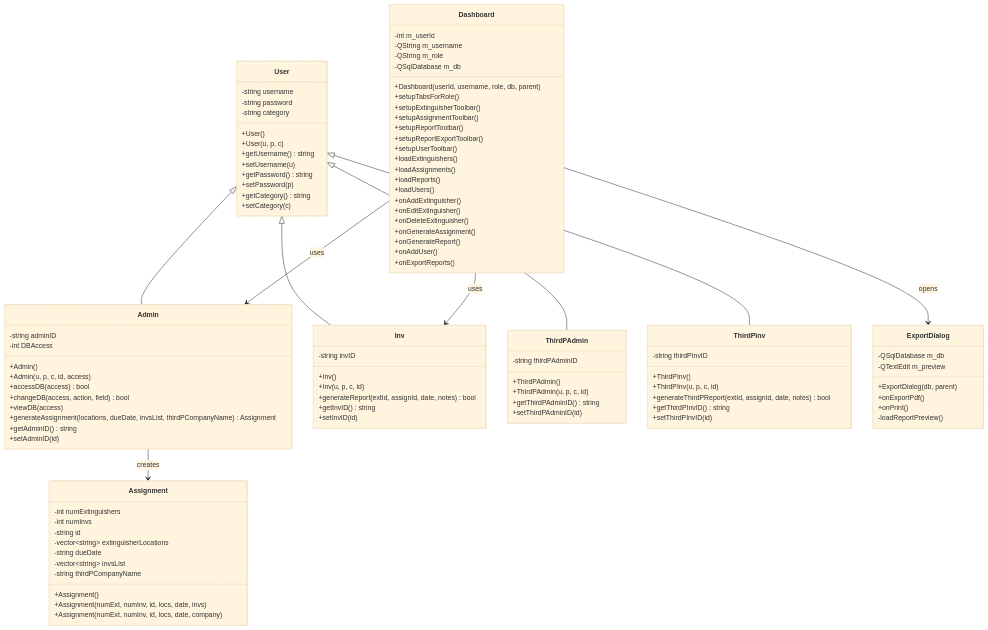
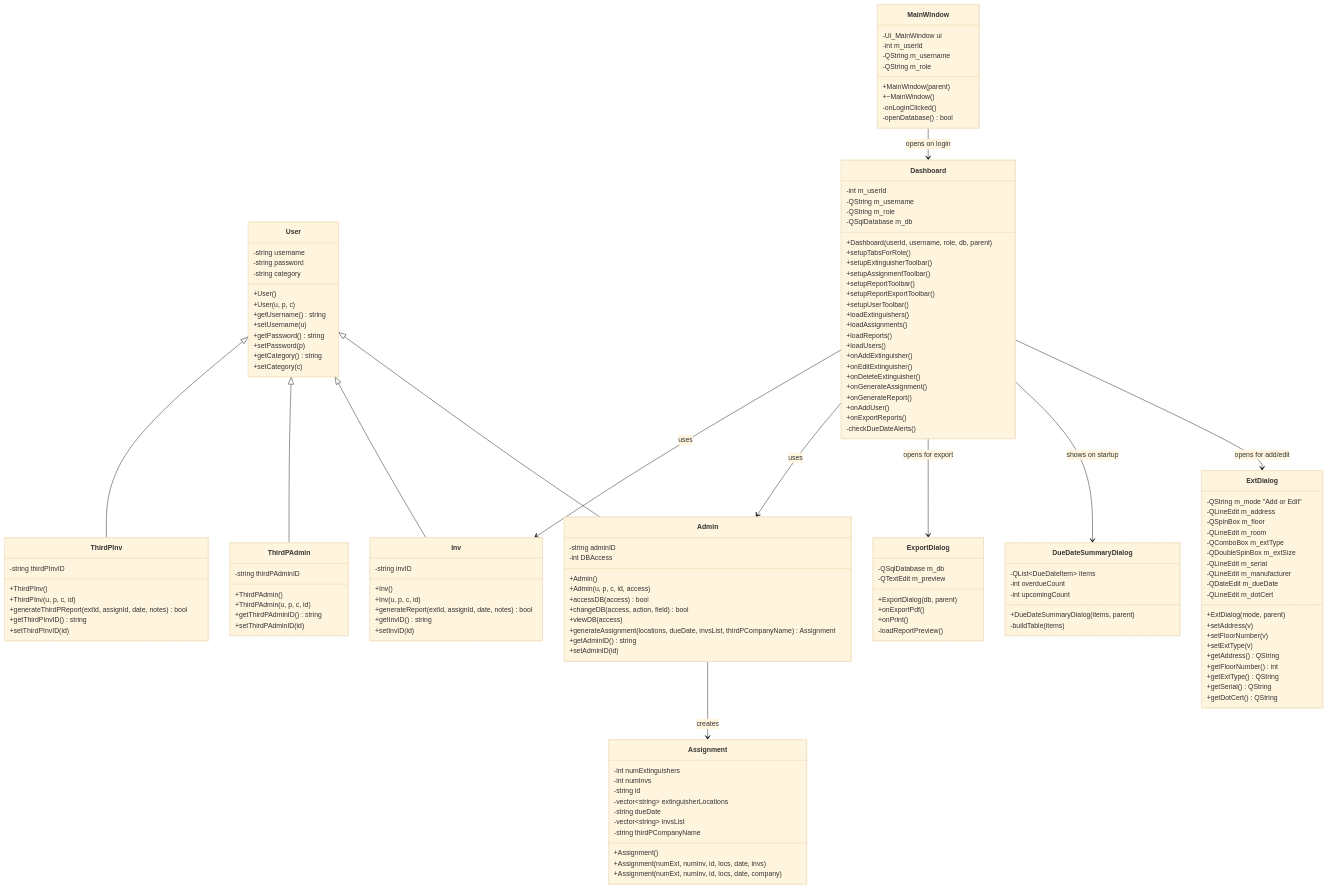
One commit to Juniusketter/Fire-Watch-App changed the second of 6 diagrams in docs/erd/FireWatch_UML_Diagrams.md. Above: the diagram before and after it, drawn with Mermaid (base theme). The commit also changed other lines of this file and 23 other files, not shown here.

Commit message:
Sprint 4: clean repo, landing page, logout redirect, language toggle scaffold, updated diagrams

````diff
--- a/docs/erd/FireWatch_UML_Diagrams.md
+++ b/docs/erd/FireWatch_UML_Diagrams.md
@@ -203,13 +217,15 @@
     +Assignment(numExt, numInv, id, locs, date, company)
   }
 
-  class ExportDialog {
-    -QSqlDatabase m_db
-    -QTextEdit m_preview
-    +ExportDialog(db, parent)
-    +onExportPdf()
-    +onPrint()
-    -loadReportPreview()
+  class MainWindow {
+    -Ui_MainWindow ui
+    -int m_userId
+    -QString m_username
+    -QString m_role
+    +MainWindow(parent)
+    +~MainWindow()
+    -onLoginClicked()
+    -openDatabase() bool
   }
 
   class Dashboard {
@@ -235,6 +251,46 @@
     +onGenerateReport()
     +onAddUser()
     +onExportReports()
+    -checkDueDateAlerts()
+  }
+
+  class ExtDialog {
+    -QString m_mode "Add or Edit"
+    -QLineEdit m_address
+    -QSpinBox m_floor
+    -QLineEdit m_room
+    -QComboBox m_extType
+    -QDoubleSpinBox m_extSize
+    -QLineEdit m_serial
+    -QLineEdit m_manufacturer
+    -QDateEdit m_dueDate
+    -QLineEdit m_dotCert
+    +ExtDialog(mode, parent)
+    +setAddress(v)
+    +setFloorNumber(v)
+    +setExtType(v)
+    +getAddress() QString
+    +getFloorNumber() int
+    +getExtType() QString
+    +getSerial() QString
+    +getDotCert() QString
+  }
+
+  class DueDateSummaryDialog {
+    -QList~DueDateItem~ items
+    -int overdueCount
+    -int upcomingCount
+    +DueDateSummaryDialog(items, parent)
+    -buildTable(items)
+  }
+
+  class ExportDialog {
+    -QSqlDatabase m_db
+    -QTextEdit m_preview
+    +ExportDialog(db, parent)
+    +onExportPdf()
+    +onPrint()
+    -loadReportPreview()
   }
 
   User <|-- Admin
@@ -242,7 +298,10 @@
   User <|-- ThirdPAdmin
   User <|-- ThirdPInv
   Admin --> Assignment : creates
-  Dashboard --> ExportDialog : opens
+  MainWindow --> Dashboard : opens on login
+  Dashboard --> ExtDialog : opens for add/edit
+  Dashboard --> DueDateSummaryDialog : shows on startup
+  Dashboard --> ExportDialog : opens for export
   Dashboard --> Admin : uses
   Dashboard --> Inv : uses
 ```
````
